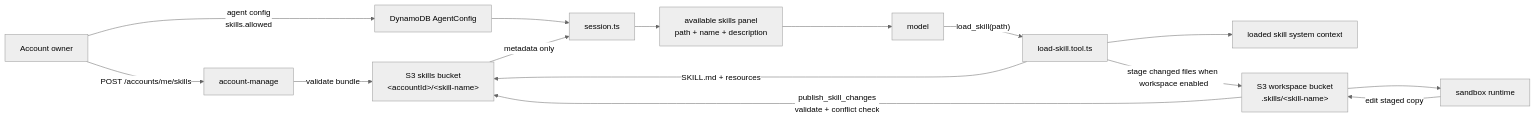
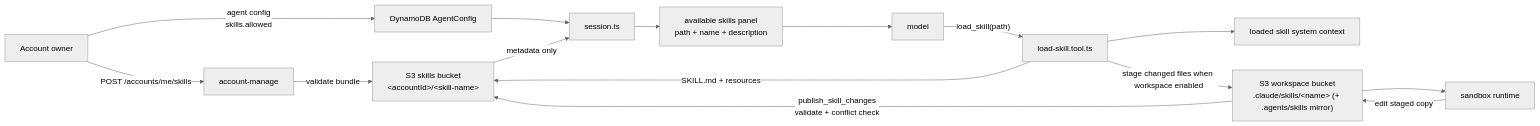
Before and after one commit to beeblastco/broods: the diagram in docs/skills.md, drawn with Mermaid (neutral theme). The commit also changed other lines of this file and 11 other files, not shown here.

````diff
--- a/docs/skills.md
+++ b/docs/skills.md
@@ -7,17 +7,17 @@
 ```mermaid
 flowchart LR
   Owner["Account owner"] -->|"POST /accounts/me/skills"| Manage["account-manage"]
   Manage -->|"validate bundle"| SkillStore["S3 skills bucket<br/>&lt;accountId&gt;/&lt;skill-name&gt;"]
   Owner -->|"agent config<br/>skills.allowed"| AgentConfig["DynamoDB AgentConfig"]
   AgentConfig --> Session["session.ts"]
   SkillStore -->|"metadata only"| Session
   Session --> Prompt["available skills panel<br/>path + name + description"]
   Prompt --> Model["model"]
   Model -->|"load_skill(path)"| Loader["load-skill.tool.ts"]
   Loader -->|"SKILL.md + resources"| SkillStore
   Loader --> Loaded["loaded skill system context"]
-  Loader -->|"stage changed files when workspace enabled"| Workspace["S3 workspace bucket<br/>.skills/&lt;skill-name&gt;"]
+  Loader -->|"stage changed files when workspace enabled"| Workspace["S3 workspace bucket<br/>.claude/skills/&lt;name&gt; (+ .agents/skills mirror)"]
   Workspace --> Sandbox["sandbox runtime"]
   Sandbox -->|"edit staged copy"| Workspace
   Workspace -->|"publish_skill_changes<br/>validate + conflict check"| SkillStore
 ```
````
